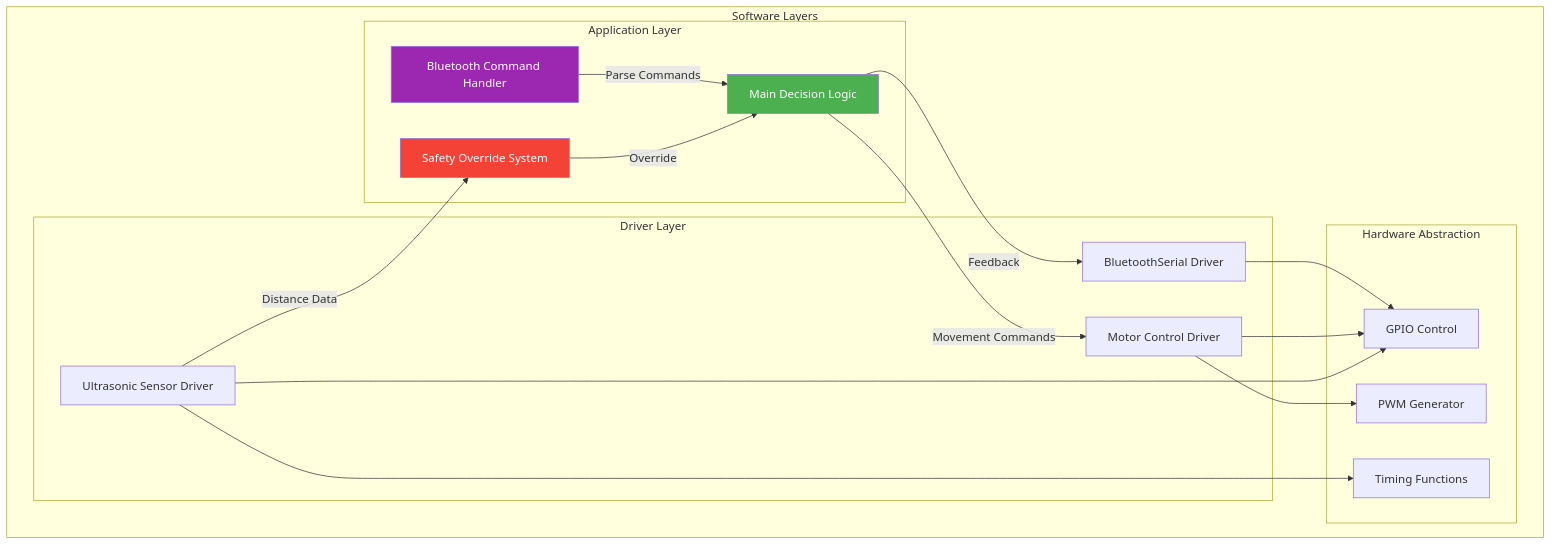
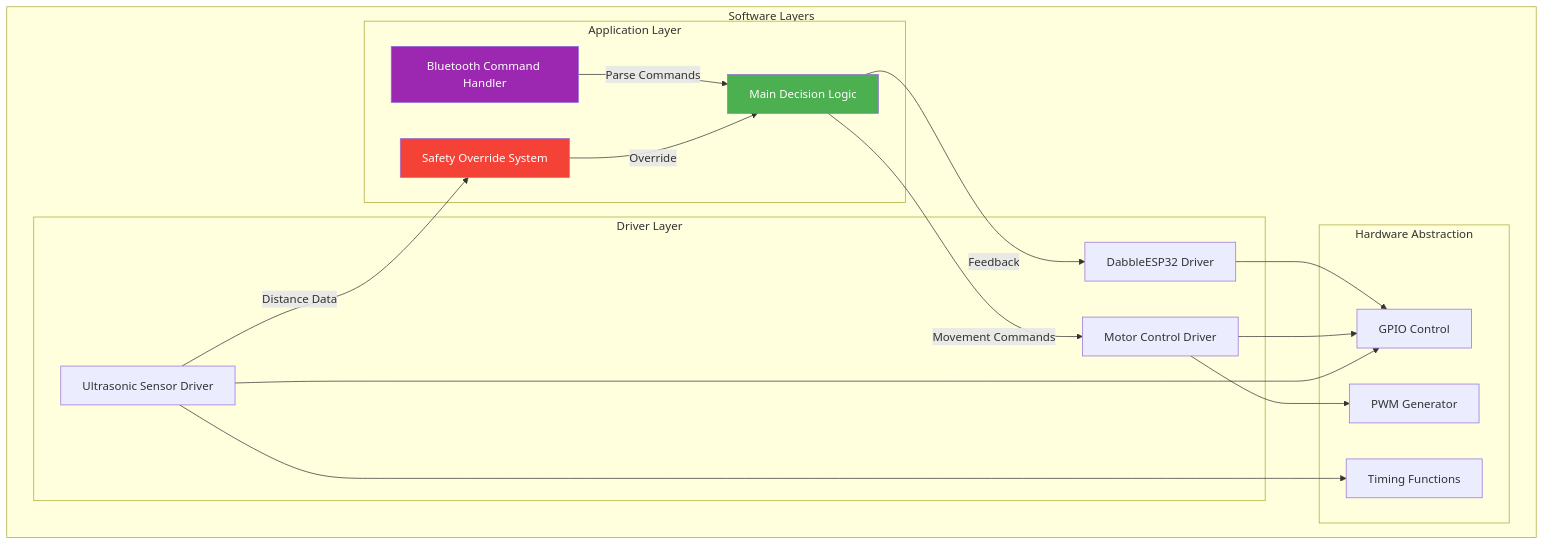
One commit to bishal1b/BluetoothEnabledIOTCar changed the fourth of 12 diagrams in PROJECT_DOCUMENTATION.md. Above: the diagram before and after it, drawn with Mermaid. The commit also changed other lines of this file and 2 other files, not shown here.

First line of the commit message:
Update Bluetooth communication to use Dabble app and add .gitignore

````diff
--- a/PROJECT_DOCUMENTATION.md
+++ b/PROJECT_DOCUMENTATION.md
@@ -315,38 +315,38 @@
 ```mermaid
 graph TB
     subgraph "Software Layers"
         subgraph "Application Layer"
             BT_CMD[Bluetooth Command Handler]
             LOGIC[Main Decision Logic]
             SAFETY[Safety Override System]
         end
         
         subgraph "Driver Layer"
-            BT_DRV[BluetoothSerial Driver]
+            BT_DRV[DabbleESP32 Driver]
             MOTOR_DRV[Motor Control Driver]
             SENSOR_DRV[Ultrasonic Sensor Driver]
         end
         
         subgraph "Hardware Abstraction"
             GPIO[GPIO Control]
             PWM[PWM Generator]
             TIMER[Timing Functions]
         end
     end
     
     BT_CMD -->|Parse Commands| LOGIC
     SENSOR_DRV -->|Distance Data| SAFETY
     SAFETY -->|Override| LOGIC
     LOGIC -->|Movement Commands| MOTOR_DRV
     LOGIC -->|Feedback| BT_DRV
     
     BT_DRV --> GPIO
     MOTOR_DRV --> GPIO
     MOTOR_DRV --> PWM
     SENSOR_DRV --> GPIO
     SENSOR_DRV --> TIMER
     
     style SAFETY fill:#F44336,color:#fff
     style LOGIC fill:#4CAF50,color:#fff
     style BT_CMD fill:#9C27B0,color:#fff
 ```
````
